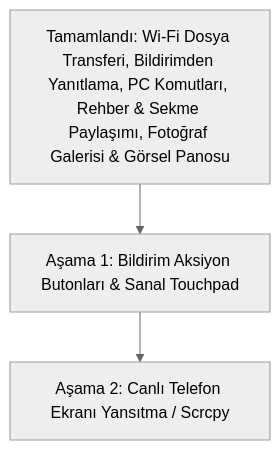
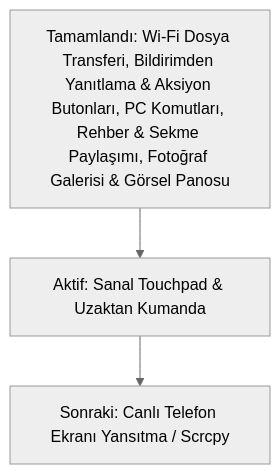
One commit to bysinbin/android-sync changed the diagram in FEATURE_COMPARISON.md. Above: the diagram before and after it, drawn with Mermaid (neutral theme). The commit also changed other lines of this file and 10 other files, not shown here.

````diff
--- a/FEATURE_COMPARISON.md
+++ b/FEATURE_COMPARISON.md
@@ -131,5 +131,5 @@
 ```mermaid
 graph TD
-    A[Tamamlandı: Wi-Fi Dosya Transferi, Bildirimden Yanıtlama, PC Komutları, Rehber & Sekme Paylaşımı, Fotoğraf Galerisi & Görsel Panosu] --> B[Aşama 1: Bildirim Aksiyon Butonları & Sanal Touchpad]
-    B --> C[Aşama 2: Canlı Telefon Ekranı Yansıtma / Scrcpy]
+    A[Tamamlandı: Wi-Fi Dosya Transferi, Bildirimden Yanıtlama & Aksiyon Butonları, PC Komutları, Rehber & Sekme Paylaşımı, Fotoğraf Galerisi & Görsel Panosu] --> B[Aktif: Sanal Touchpad & Uzaktan Kumanda]
+    B --> C[Sonraki: Canlı Telefon Ekranı Yansıtma / Scrcpy]
 ```
````
